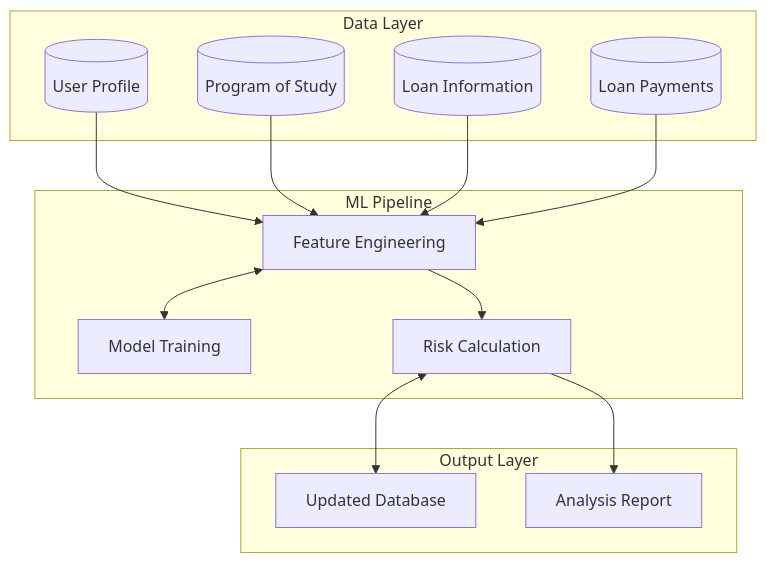
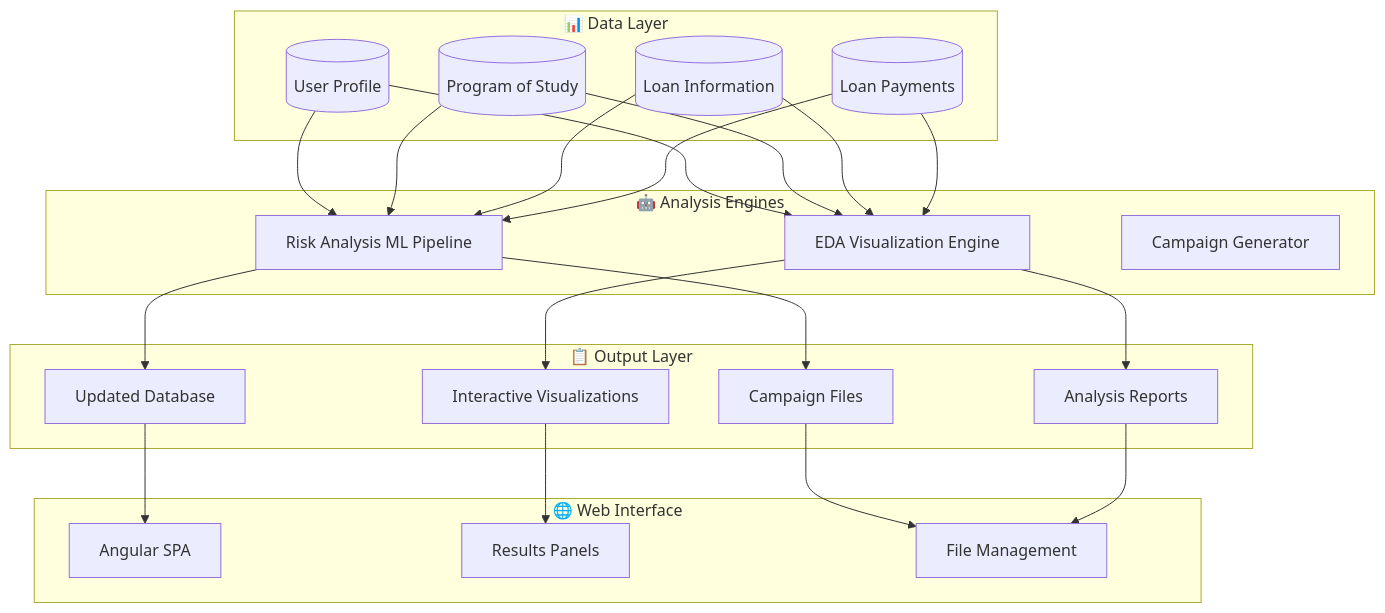
Before and after one commit to antongeorgescu/delinquency-data-management-website: the first of 4 diagrams in DELINQUENCY_ANALYSIS.md, drawn with Mermaid. The commit also changed other lines of this file and 21 other files, not shown here.

Commit message:
implemented exploratory data analysis (EDA) portion of the system

````diff
--- a/DELINQUENCY_ANALYSIS.md
+++ b/DELINQUENCY_ANALYSIS.md
@@ -12,29 +15,48 @@
 ```mermaid
 flowchart TB
-    subgraph data_layer[Data Layer]
+    subgraph data_layer[📊 Data Layer]
         A[(User Profile)]
         B[(Program of Study)]
         C[(Loan Information)]
         D[(Loan Payments)]
     end
     
-    subgraph ml_pipeline[ML Pipeline]
-        E[Feature Engineering]
-        F[Model Training] 
-        G[Risk Calculation]
+    subgraph analysis_engines[🤖 Analysis Engines]
+        E[Risk Analysis ML Pipeline]
+        F[EDA Visualization Engine]
+        G[Campaign Generator]
     end
     
-    subgraph output_layer[Output Layer]
+    subgraph output_layer[📋 Output Layer]
         H[Updated Database]
-        I[Analysis Report]
+        I[Interactive Visualizations]
+        J[Campaign Files]
+        K[Analysis Reports]
+    end
+    
+    subgraph web_interface[🌐 Web Interface]
+        L[Angular SPA]
+        M[Results Panels]
+        N[File Management]
     end
     
     A --> E
     B --> E
     C --> E
     D --> E
-    E <--> F
-    E --> G
-    G <--> H
-    G --> I
+    
+    A --> F
+    B --> F
+    C --> F
+    D --> F
+    
+    E --> H
+    F --> I
+    E --> J
+    F --> K
+    
+    H --> L
+    I --> M
+    J --> N
+    K --> N
 ```
````
